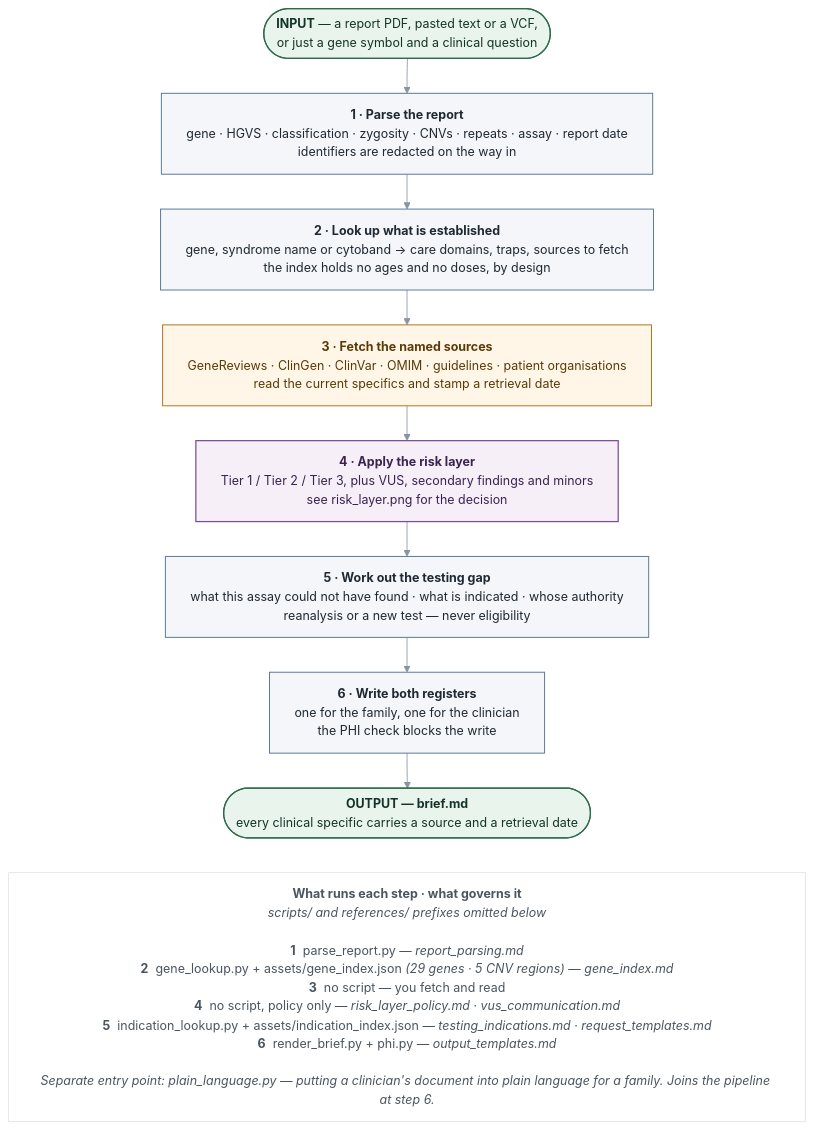
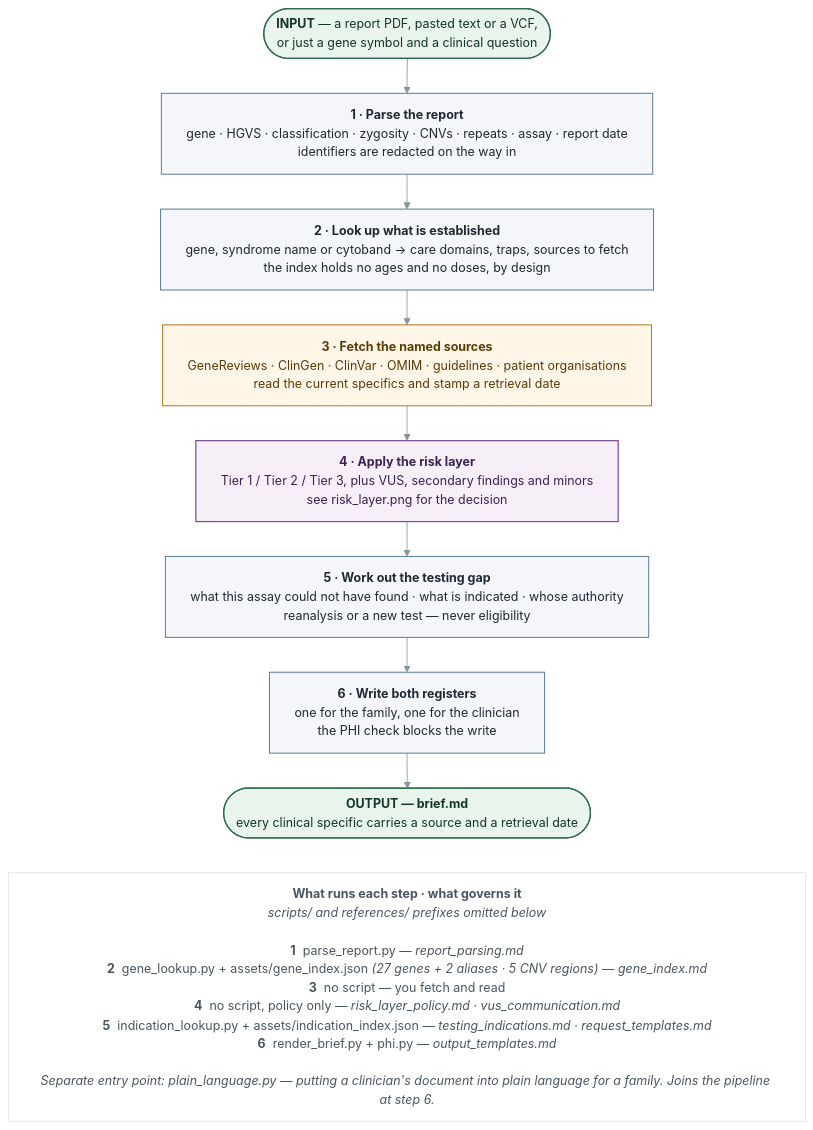
Before and after one commit to Domikohlh/autism_gtc_agent_skill: the diagram in docs/workflow.mmd, drawn with Mermaid. The commit also changed 57 other files, not shown here.

```diff
--- a/docs/workflow.mmd
+++ b/docs/workflow.mmd
@@ -1,36 +1,36 @@
 %%{init: {"theme":"base","themeVariables":{"fontFamily":"DejaVu Sans","fontSize":"15px","lineColor":"#8894A1","primaryTextColor":"#1F2933"},"flowchart":{"curve":"basis","nodeSpacing":36,"rankSpacing":42,"wrappingWidth":900,"htmlLabels":true}} }%%
 flowchart TD
 
   IN(["<b>INPUT</b> — a report PDF, pasted text or a VCF,<br/>or just a gene symbol and a clinical question"])
 
   S1["<b>1 · Parse the report</b><br/>gene · HGVS · classification · zygosity · CNVs · repeats · assay · report date<br/>identifiers are redacted on the way in"]
 
   S2["<b>2 · Look up what is established</b><br/>gene, syndrome name or cytoband → care domains, traps, sources to fetch<br/>the index holds no ages and no doses, by design"]
 
   S3["<b>3 · Fetch the named sources</b><br/>GeneReviews · ClinGen · ClinVar · OMIM · guidelines · patient organisations<br/>read the current specifics and stamp a retrieval date"]
 
   S4["<b>4 · Apply the risk layer</b><br/>Tier 1 / Tier 2 / Tier 3, plus VUS, secondary findings and minors<br/>see risk_layer.png for the decision"]
 
   S5["<b>5 · Work out the testing gap</b><br/>what this assay could not have found · what is indicated · whose authority<br/>reanalysis or a new test — never eligibility"]
 
   S6["<b>6 · Write both registers</b><br/>one for the family, one for the clinician<br/>the PHI check blocks the write"]
 
   OUT(["<b>OUTPUT — brief.md</b><br/>every clinical specific carries a source and a retrieval date"])
 
   IN --> S1 --> S2 --> S3 --> S4 --> S5 --> S6 --> OUT
 
-  L["<b>What runs each step · what governs it</b><br/><i>scripts/ and references/ prefixes omitted below</i><br/><br/><b>1</b>  parse_report.py — <i>report_parsing.md</i><br/><b>2</b>  gene_lookup.py + assets/gene_index.json <i>(29 genes · 5 CNV regions)</i> — <i>gene_index.md</i><br/><b>3</b>  no script — you fetch and read<br/><b>4</b>  no script, policy only — <i>risk_layer_policy.md</i> · <i>vus_communication.md</i><br/><b>5</b>  indication_lookup.py + assets/indication_index.json — <i>testing_indications.md</i> · <i>request_templates.md</i><br/><b>6</b>  render_brief.py + phi.py — <i>output_templates.md</i><br/><br/><i>Separate entry point: plain_language.py — putting a clinician's document into plain language for a family. Joins the pipeline at step 6.</i>"]
+  L["<b>What runs each step · what governs it</b><br/><i>scripts/ and references/ prefixes omitted below</i><br/><br/><b>1</b>  parse_report.py — <i>report_parsing.md</i><br/><b>2</b>  gene_lookup.py + assets/gene_index.json <i>(27 genes + 2 aliases · 5 CNV regions)</i> — <i>gene_index.md</i><br/><b>3</b>  no script — you fetch and read<br/><b>4</b>  no script, policy only — <i>risk_layer_policy.md</i> · <i>vus_communication.md</i><br/><b>5</b>  indication_lookup.py + assets/indication_index.json — <i>testing_indications.md</i> · <i>request_templates.md</i><br/><b>6</b>  render_brief.py + phi.py — <i>output_templates.md</i><br/><br/><i>Separate entry point: plain_language.py — putting a clinician's document into plain language for a family. Joins the pipeline at step 6.</i>"]
 
   OUT ~~~ L
 
   classDef io fill:#E9F4EC,stroke:#2E6B4A,stroke-width:1.5px,color:#14342A;
   classDef step fill:#F4F6F9,stroke:#5B7A99,stroke-width:1.2px,color:#1F2933;
   classDef fetch fill:#FFF6E8,stroke:#B0761A,stroke-width:1.2px,color:#5A3B06;
   classDef risk fill:#F6EFF7,stroke:#7A4E96,stroke-width:1.5px,color:#3A2350;
   classDef leg fill:#FFFFFF,stroke:#DDE3EA,stroke-width:1px,color:#4A5560;
 
   class IN,OUT io;
   class S1,S2,S5,S6 step;
   class S3 fetch;
   class S4 risk;
   class L leg;
```
